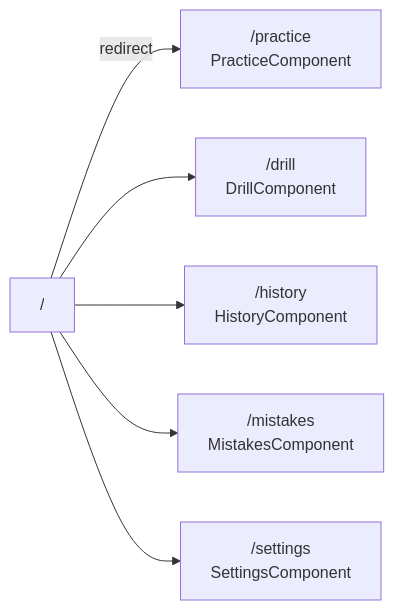
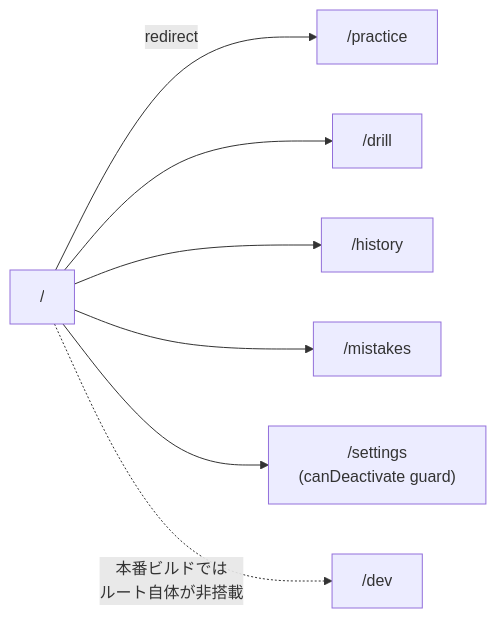
The eighth of 10 diagrams in ARCHITECTURE.md (rmatsuo-jp/eibun-lab), drawn with Mermaid before and after one commit. The commit also changed other lines of this file, not shown here.

First line of the commit message:
docs: ARCHITECTURE.mdを現状の構成に合わせて全面更新

````diff
--- a/ARCHITECTURE.md
+++ b/ARCHITECTURE.md
@@ -117,8 +263,9 @@
 ```mermaid
 graph LR
-    Root["/"] -->|redirect| Practice["/practice\nPracticeComponent"]
-    Root --> Drill["/drill\nDrillComponent"]
-    Root --> History["/history\nHistoryComponent"]
-    Root --> Mistakes["/mistakes\nMistakesComponent"]
-    Root --> Settings["/settings\nSettingsComponent"]
+    Root["/"] -->|redirect| Practice["/practice"]
+    Root --> Drill["/drill"]
+    Root --> History["/history"]
+    Root --> Mistakes["/mistakes"]
+    Root --> Settings["/settings\n(canDeactivate guard)"]
+    Root -.->|本番ビルドでは\nルート自体が非搭載| Dev["/dev"]
 ```
````
